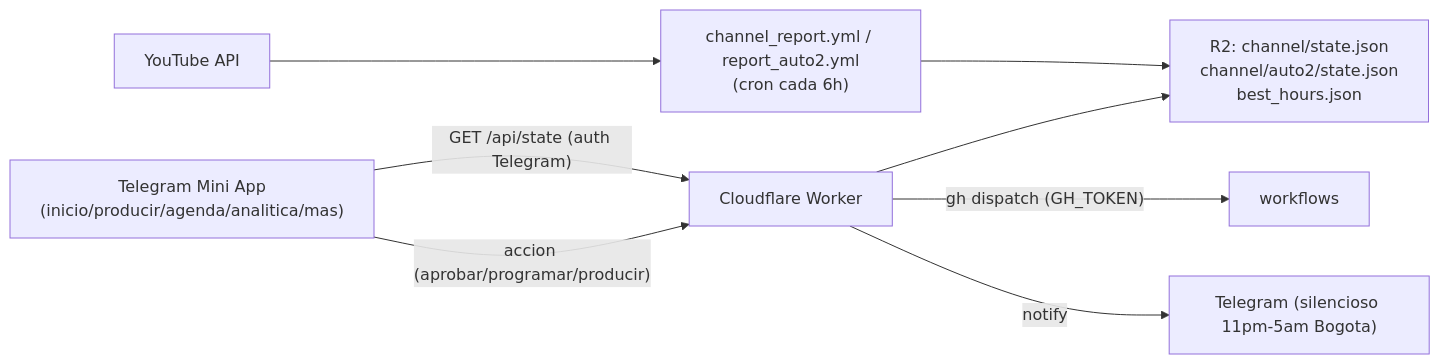
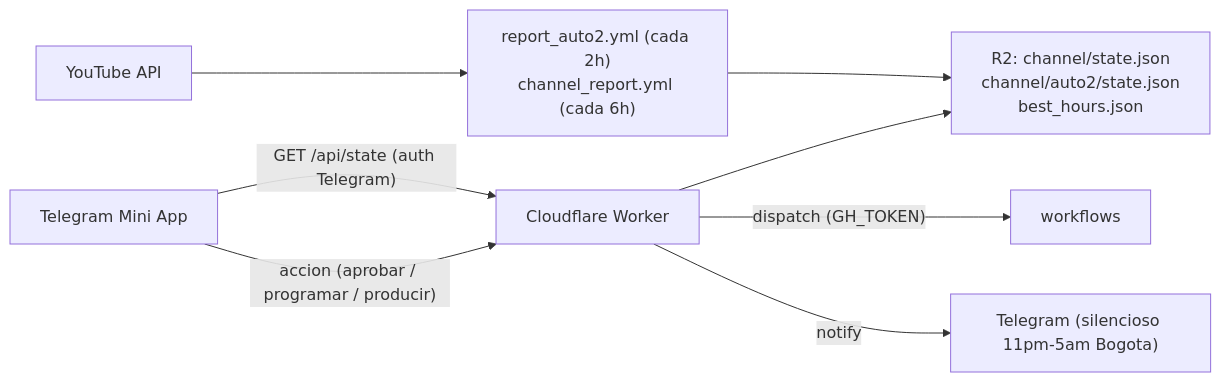
One commit to juanberrio0399/video-forge changed the fifth of 7 diagrams in docs/FLUJOS.md. Above: the diagram before and after it, drawn with Mermaid. The commit also changed other lines of this file and 25 other files, not shown here.

````diff
--- a/docs/FLUJOS.md
+++ b/docs/FLUJOS.md
@@ -67,10 +84,10 @@
 ```mermaid
 flowchart LR
-  yt["YouTube API"] --> reps["channel_report.yml / report_auto2.yml\n(cron cada 6h)"]
-  reps --> r2["R2: channel/state.json\nchannel/auto2/state.json\nbest_hours.json"]
-  app["Telegram Mini App\n(inicio/producir/agenda/analitica/mas)"] -- "GET /api/state (auth Telegram)" --> worker["Cloudflare Worker"]
+  yt["YouTube API"] --> reps["report_auto2.yml (cada 2h)<br/>channel_report.yml (cada 6h)"]
+  reps --> r2["R2: channel/state.json<br/>channel/auto2/state.json<br/>best_hours.json"]
+  app["Telegram Mini App"] -- "GET /api/state (auth Telegram)" --> worker["Cloudflare Worker"]
   worker --> r2
-  app -- "accion (aprobar/programar/producir)" --> worker
-  worker -- "gh dispatch (GH_TOKEN)" --> wf["workflows"]
+  app -- "accion (aprobar / programar / producir)" --> worker
+  worker -- "dispatch (GH_TOKEN)" --> wf["workflows"]
   worker -- "notify" --> tg["Telegram (silencioso 11pm-5am Bogota)"]
 ```
````
